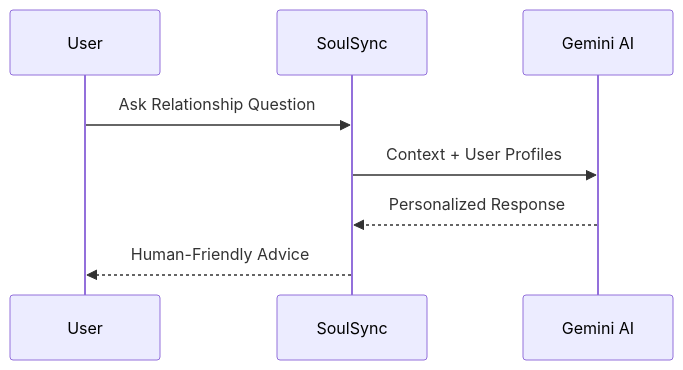
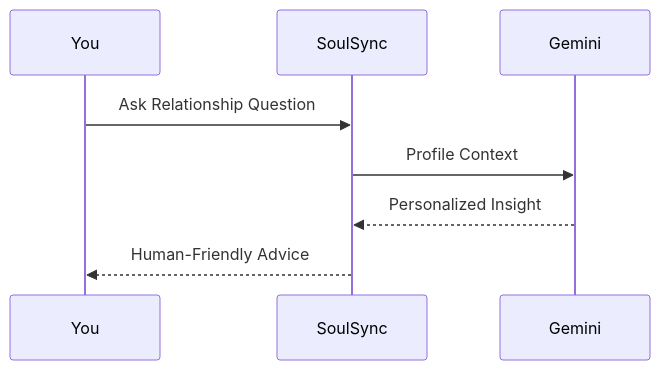
The third of 7 diagrams in README.md (TheKanishkDev/SoulSync-AI), drawn with Mermaid before and after one commit. The commit also changed other lines of this file, not shown here.

````diff
--- a/README.md
+++ b/README.md
@@ -698,17 +403,17 @@
 ```mermaid
 sequenceDiagram
 
-participant User
+participant You
 
 participant SoulSync
 
-participant Gemini AI
+participant Gemini
 
-User->>SoulSync: Ask Relationship Question
+You->>SoulSync: Ask Relationship Question
 
-SoulSync->>Gemini AI: Context + User Profiles
+SoulSync->>Gemini: Profile Context
 
-Gemini AI-->>SoulSync: Personalized Response
+Gemini-->>SoulSync: Personalized Insight
 
-SoulSync-->>User: Human-Friendly Advice
+SoulSync-->>You: Human-Friendly Advice
 ```
````
